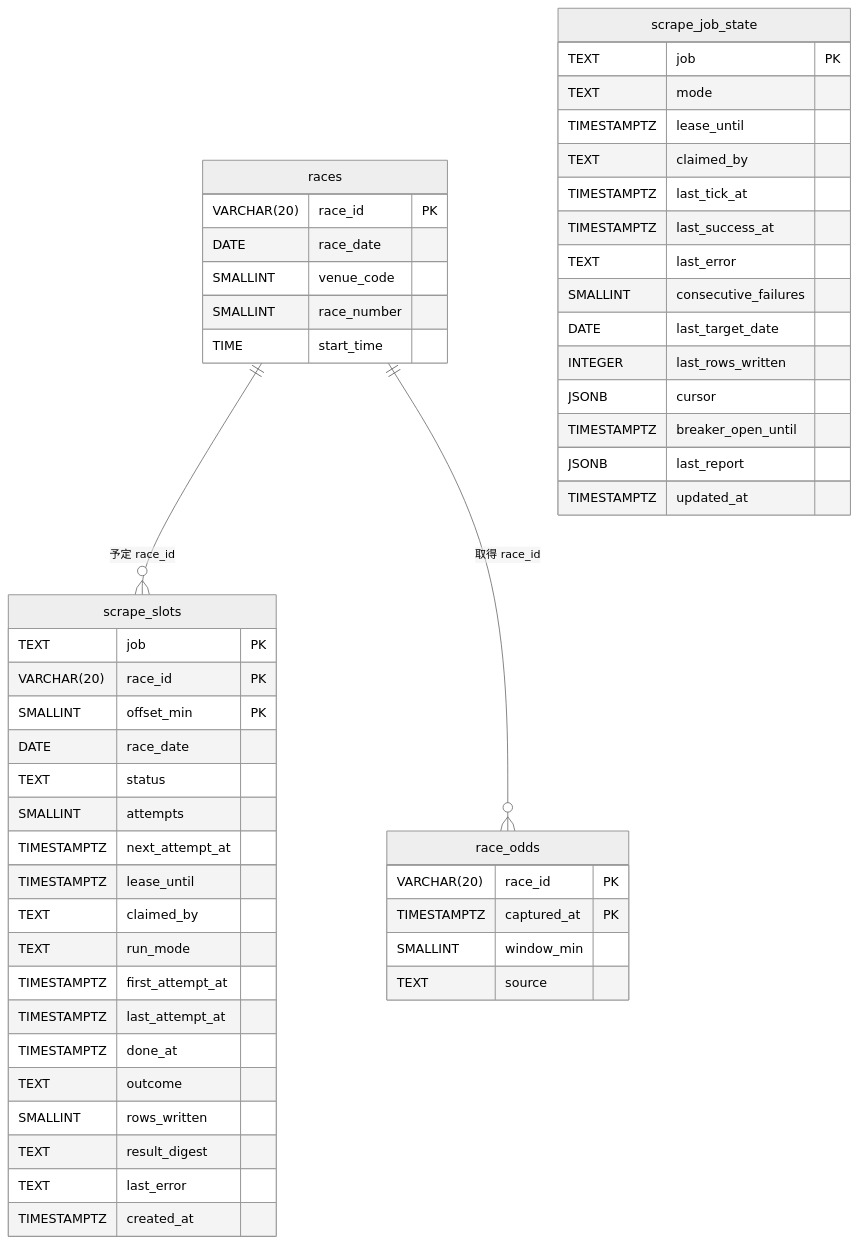
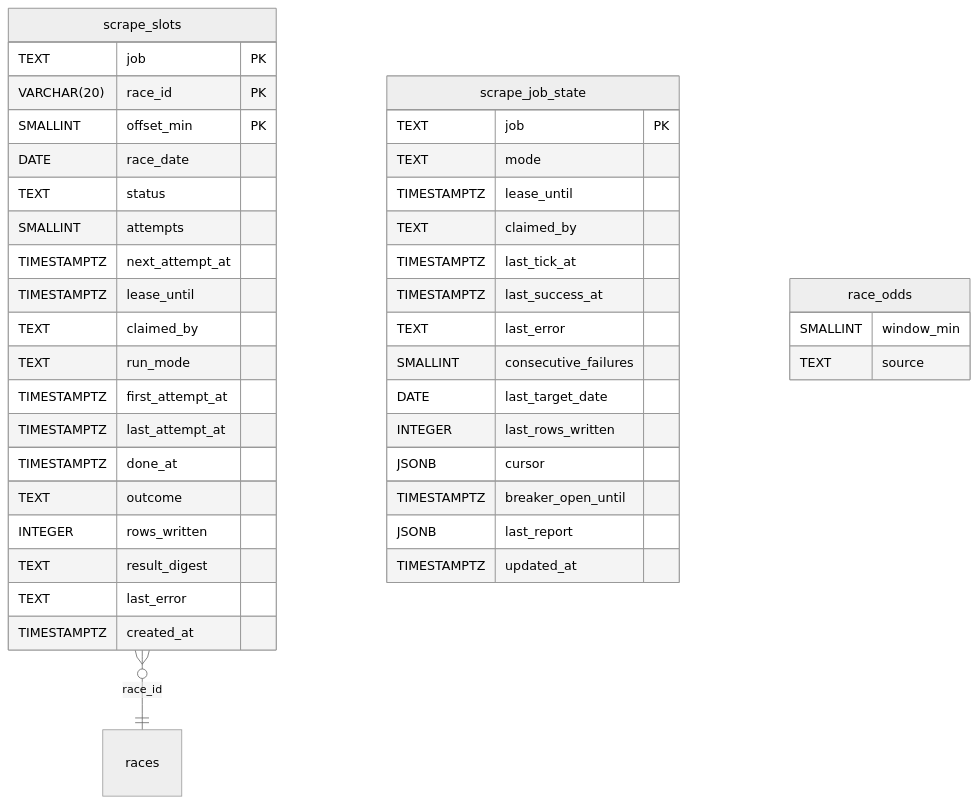
Before and after one commit to rhapsody0919/boatrace-ai-predictor: the third of 6 diagrams in docs/design/scraping-vercel-consolidation/plan.md, drawn with Mermaid (neutral theme). The commit also changed other lines of this file and 4 other files, not shown here.

````diff
--- a/docs/design/scraping-vercel-consolidation/plan.md
+++ b/docs/design/scraping-vercel-consolidation/plan.md
@@ -235,54 +235,44 @@
 ```mermaid
 erDiagram
-    races ||--o{ scrape_slots : "予定 race_id"
-    races ||--o{ race_odds : "取得 race_id"
-    races {
-        VARCHAR(20) race_id PK
-        DATE race_date
-        SMALLINT venue_code
-        SMALLINT race_number
-        TIME start_time
-    }
+    scrape_slots }o--|| races : "race_id"
     scrape_slots {
         TEXT job PK
         VARCHAR(20) race_id PK
         SMALLINT offset_min PK
         DATE race_date
         TEXT status
         SMALLINT attempts
         TIMESTAMPTZ next_attempt_at
         TIMESTAMPTZ lease_until
         TEXT claimed_by
         TEXT run_mode
         TIMESTAMPTZ first_attempt_at
         TIMESTAMPTZ last_attempt_at
         TIMESTAMPTZ done_at
         TEXT outcome
-        SMALLINT rows_written
+        INTEGER rows_written
         TEXT result_digest
         TEXT last_error
         TIMESTAMPTZ created_at
     }
     scrape_job_state {
         TEXT job PK
         TEXT mode
         TIMESTAMPTZ lease_until
         TEXT claimed_by
         TIMESTAMPTZ last_tick_at
         TIMESTAMPTZ last_success_at
         TEXT last_error
         SMALLINT consecutive_failures
         DATE last_target_date
         INTEGER last_rows_written
         JSONB cursor
         TIMESTAMPTZ breaker_open_until
         JSONB last_report
         TIMESTAMPTZ updated_at
     }
     race_odds {
-        VARCHAR(20) race_id PK
-        TIMESTAMPTZ captured_at PK
         SMALLINT window_min
         TEXT source
     }
 ```
````
